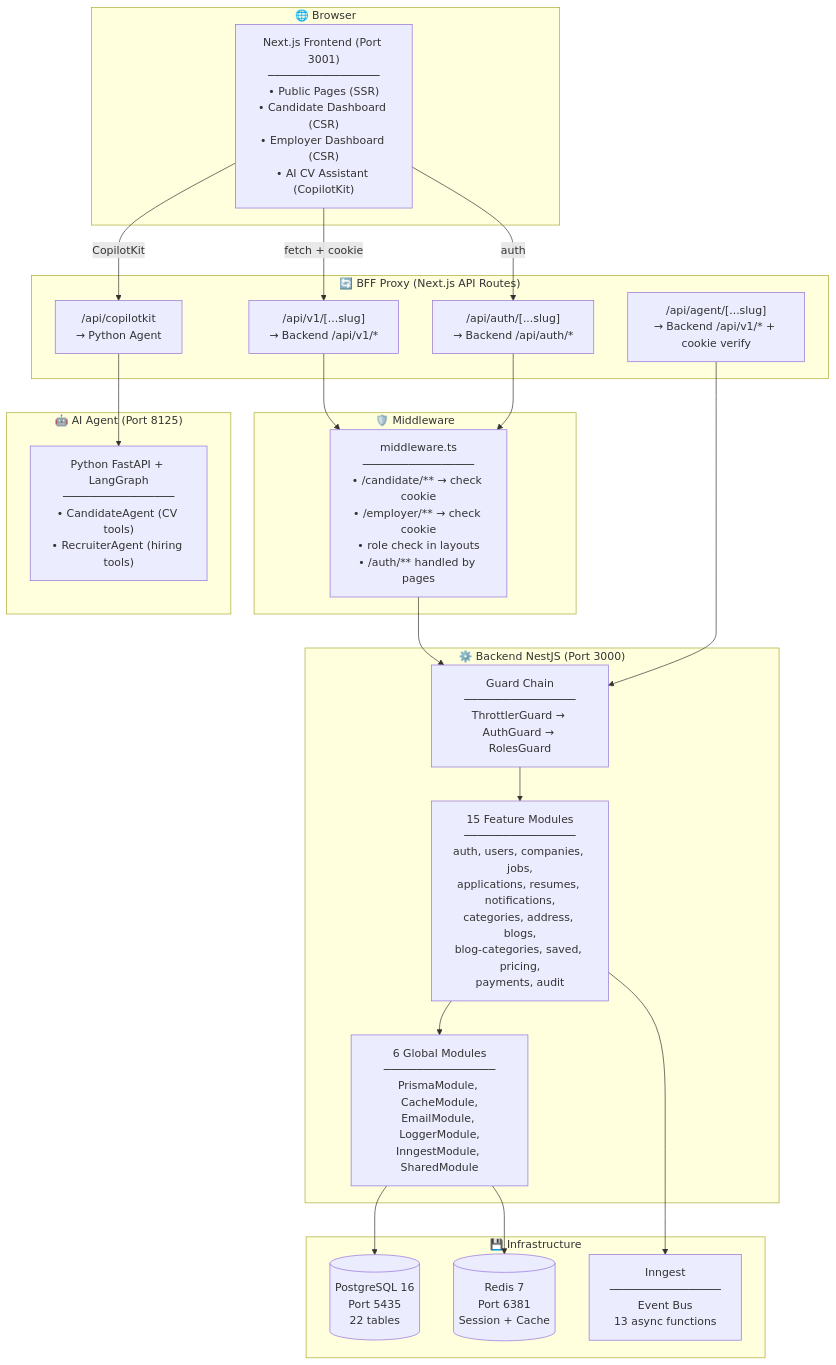
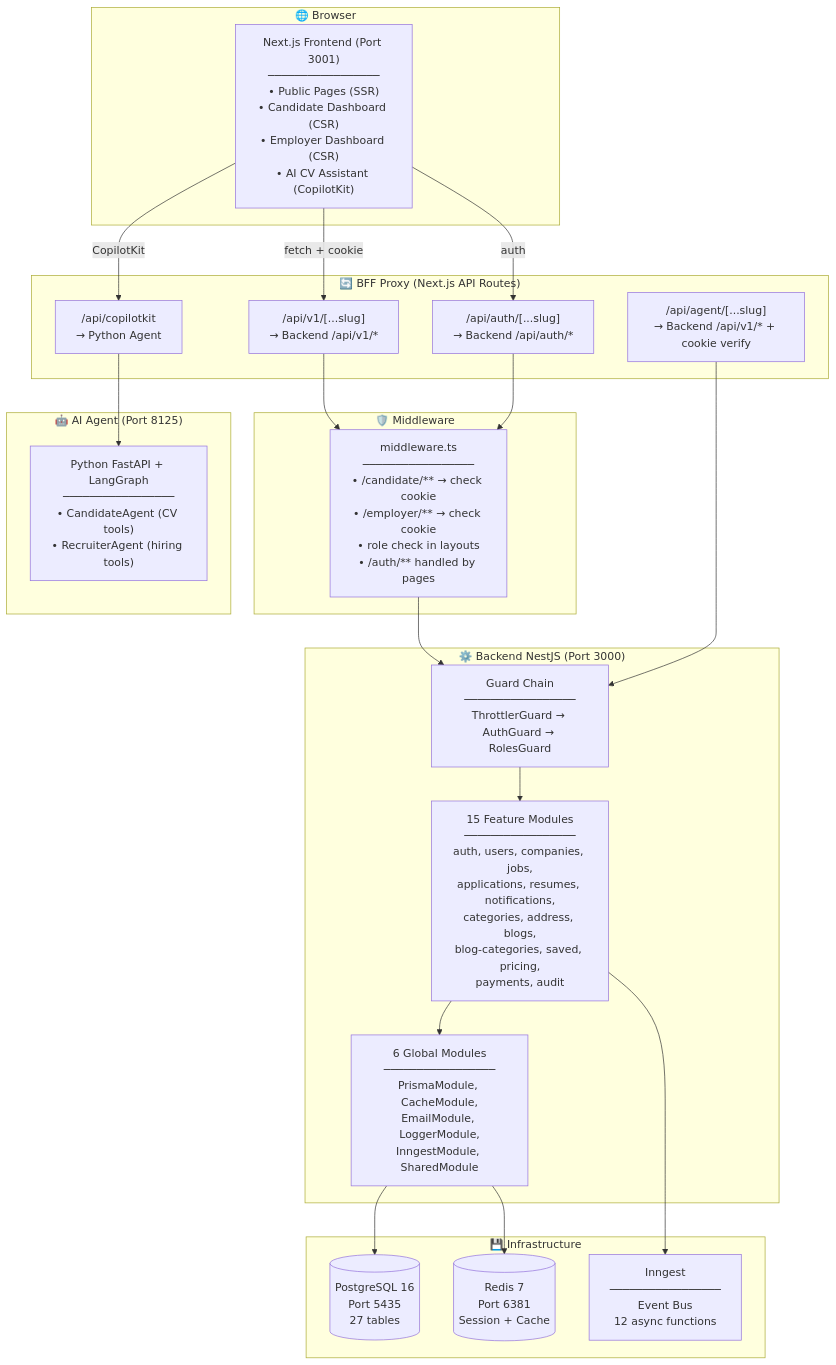
Before and after one commit to Hieuej147/job-PhuQuoc: the first of 28 diagrams in TEAM_FE_DOCUMENT.md, drawn with Mermaid. The commit also changed other lines of this file and 89 other files, not shown here.

````diff
--- a/TEAM_FE_DOCUMENT.md
+++ b/TEAM_FE_DOCUMENT.md
@@ -49,47 +50,47 @@
 ```mermaid
 graph TB
     subgraph Browser["🌐 Browser"]
         FE["Next.js Frontend (Port 3001)<br/>─────────────────<br/>• Public Pages (SSR)<br/>• Candidate Dashboard (CSR)<br/>• Employer Dashboard (CSR)<br/>• AI CV Assistant (CopilotKit)"]
     end
 
     subgraph BFF["🔄 BFF Proxy (Next.js API Routes)"]
         V1["/api/v1/[...slug]<br/>→ Backend /api/v1/*"]
         AUTH["/api/auth/[...slug]<br/>→ Backend /api/auth/*"]
         AGENT["/api/agent/[...slug]<br/>→ Backend /api/v1/* + cookie verify"]
         CK["/api/copilotkit<br/>→ Python Agent"]
     end
 
     subgraph MW["🛡️ Middleware"]
         MID["middleware.ts<br/>─────────────────<br/>• /candidate/** → check cookie<br/>• /employer/** → check cookie<br/>• role check in layouts<br/>• /auth/** handled by pages"]
     end
 
     subgraph BE["⚙️ Backend NestJS (Port 3000)"]
         GUARD["Guard Chain<br/>─────────────────<br/>ThrottlerGuard → AuthGuard → RolesGuard"]
         MOD["15 Feature Modules<br/>─────────────────<br/>auth, users, companies, jobs,<br/>applications, resumes, notifications,<br/>categories, address, blogs,<br/>blog-categories, saved, pricing,<br/>payments, audit"]
         INFRA["6 Global Modules<br/>─────────────────<br/>PrismaModule, CacheModule,<br/>EmailModule, LoggerModule,<br/>InngestModule, SharedModule"]
     end
 
     subgraph Agent["🤖 AI Agent (Port 8125)"]
         PY["Python FastAPI + LangGraph<br/>─────────────────<br/>• CandidateAgent (CV tools)<br/>• RecruiterAgent (hiring tools)"]
     end
 
     subgraph DB["💾 Infrastructure"]
-        PG[("PostgreSQL 16<br/>Port 5435<br/>22 tables")]
+        PG[("PostgreSQL 16<br/>Port 5435<br/>27 tables")]
         RD[("Redis 7<br/>Port 6381<br/>Session + Cache")]
-        ING["Inngest<br/>─────────────────<br/>Event Bus<br/>13 async functions"]
+        ING["Inngest<br/>─────────────────<br/>Event Bus<br/>12 async functions"]
     end
 
     FE -->|"fetch + cookie"| V1
     FE -->|"auth"| AUTH
     FE -->|"CopilotKit"| CK
     V1 --> MID
     AUTH --> MID
     MID --> GUARD
     GUARD --> MOD
     MOD --> INFRA
     INFRA --> PG
     INFRA --> RD
     MOD --> ING
     CK --> PY
     AGENT --> GUARD
 ```
````
